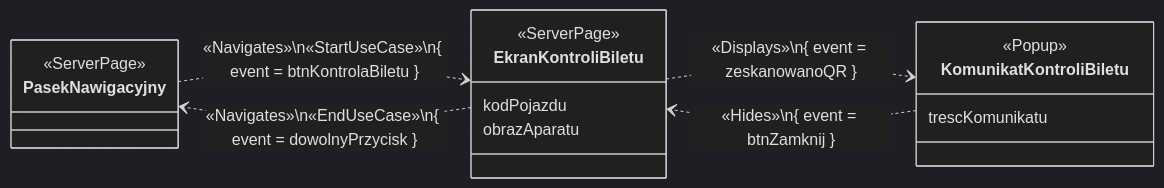
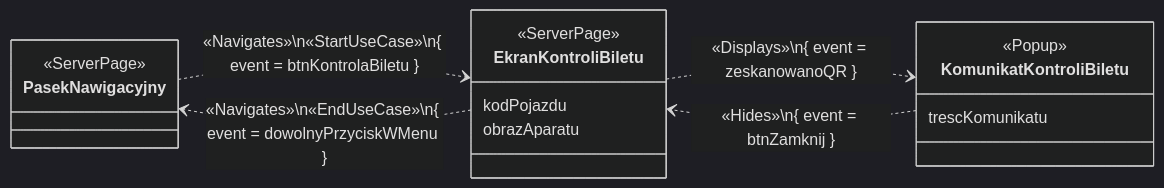
The ninth of 15 diagrams in documentation/course/E1.md (PWR-ACS-SE-24/SoftwareSystemDesign), drawn with Mermaid (dark theme) before and after one commit. The commit also changed other lines of this file and 8 other files, not shown here.

````diff
--- a/documentation/course/E1.md
+++ b/documentation/course/E1.md
@@ -846,27 +878,27 @@
 ```mermaid
 classDiagram
     direction LR
 
     class PasekNawigacyjny {
         <<ServerPage>>
         }
     
     class EkranKontroliBiletu {
         <<ServerPage>>
         kodPojazdu
         obrazAparatu
         }
 
     class KomunikatKontroliBiletu {
         <<Popup>>
         trescKomunikatu
         }
 
     PasekNawigacyjny ..> EkranKontroliBiletu: «Navigates»\n«StartUseCase»\n{ event = btnKontrolaBiletu }
-    EkranKontroliBiletu ..> PasekNawigacyjny: «Navigates»\n«EndUseCase»\n{ event = dowolnyPrzycisk }
+    EkranKontroliBiletu ..> PasekNawigacyjny: «Navigates»\n«EndUseCase»\n{ event = dowolnyPrzyciskWMenu }
 
     EkranKontroliBiletu ..> KomunikatKontroliBiletu: «Displays»\n{ event = zeskanowanoQR }
     KomunikatKontroliBiletu ..> EkranKontroliBiletu: «Hides»\n{ event = btnZamknij }
 
     
 ```
````
